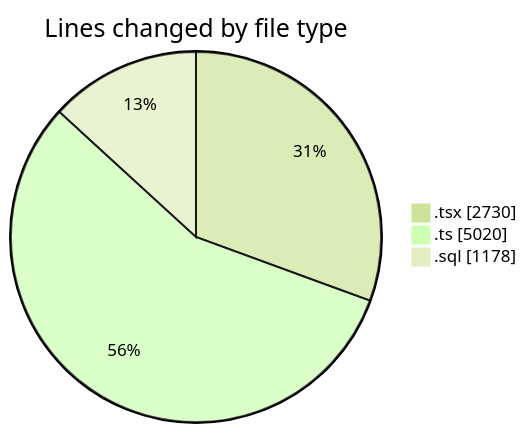
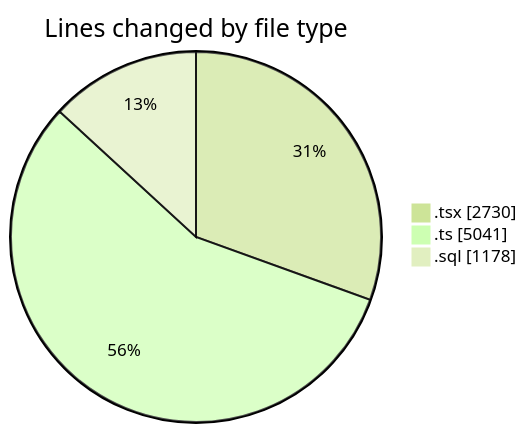
One commit to lephambinh05/code-tracking changed the first of 2 diagrams in 2025-09-05/hiai-phf/README.md. Above: the diagram before and after it, drawn with Mermaid (forest theme). The commit also changed other lines of this file and 1 other file, not shown here.

````diff
--- a/2025-09-05/hiai-phf/README.md
+++ b/2025-09-05/hiai-phf/README.md
@@ -75,7 +75,7 @@
 ```mermaid
 pie showData
 title Lines changed by file type
 ".tsx" : 2730
-".ts" : 5020
+".ts" : 5041
 ".sql" : 1178
 ```
````
